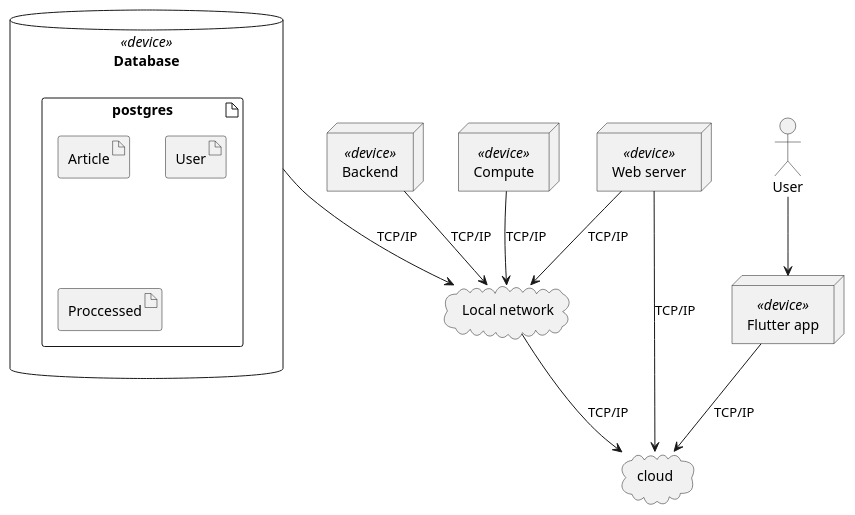
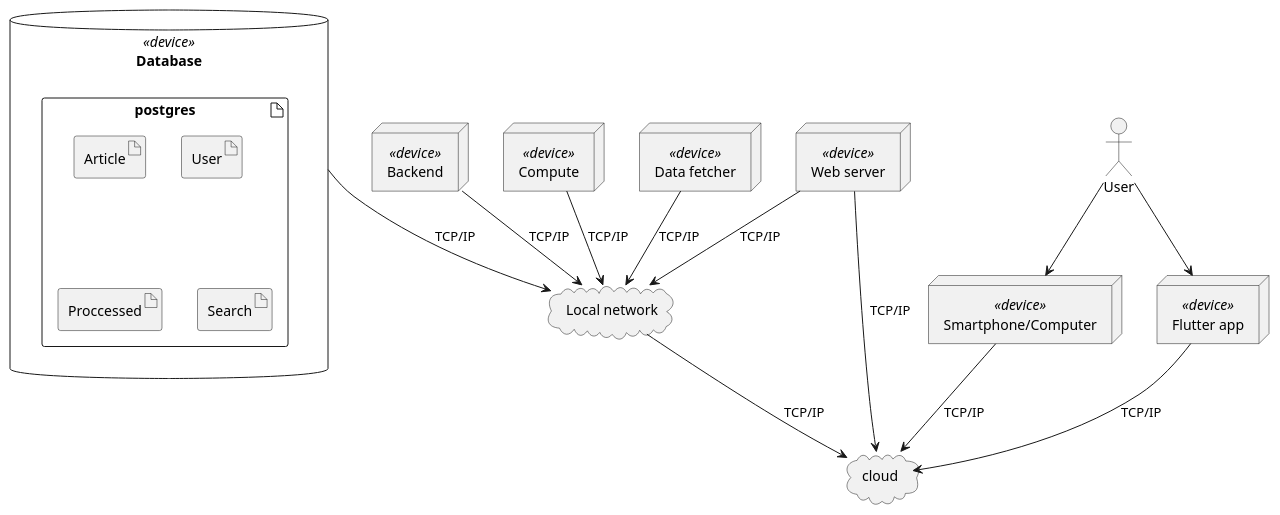
One commit to ResearchComputingServices/maple changed the diagram in docs/project_design/fig/deployment_diagram.pu. Above: the diagram before and after it, drawn with PlantUML.

Commit message:
data fetcher

```diff
--- a/docs/project_design/fig/deployment_diagram.pu
+++ b/docs/project_design/fig/deployment_diagram.pu
@@ -1,43 +1,51 @@
 @startuml
 node Backend as backend <<device>>{
 
 }
 
 node Compute as compute <<device>>{
 
 }
+node "Data fetcher" as crawler <<device>>
 
 cloud "Local network"  as local_network{
 
 }
+
 cloud cloud as _cloud
 
 database Database as db <<device>>{
     artifact postgres {
         artifact Article
         artifact User
         artifact Proccessed
+        artifact Search
     }
 }
 
 
 
 backend --> local_network: TCP/IP
 compute --> local_network: TCP/IP
+crawler --> local_network: TCP/IP
 
 node "Flutter app" as app <<device>> {
 
 }
 
 node "Web server" as appweb <<device>>
 
+node "Smartphone/Computer" as smartdevice <<device>>
+
 actor User as user
 
 user --> app
+user --> smartdevice
 app --> _cloud: TCP/IP
+smartdevice-->_cloud: TCP/IP
 local_network --> _cloud: TCP/IP
 appweb --> local_network: TCP/IP
 appweb --> _cloud: TCP/IP
 db --> local_network: TCP/IP
 
 @enduml
```
